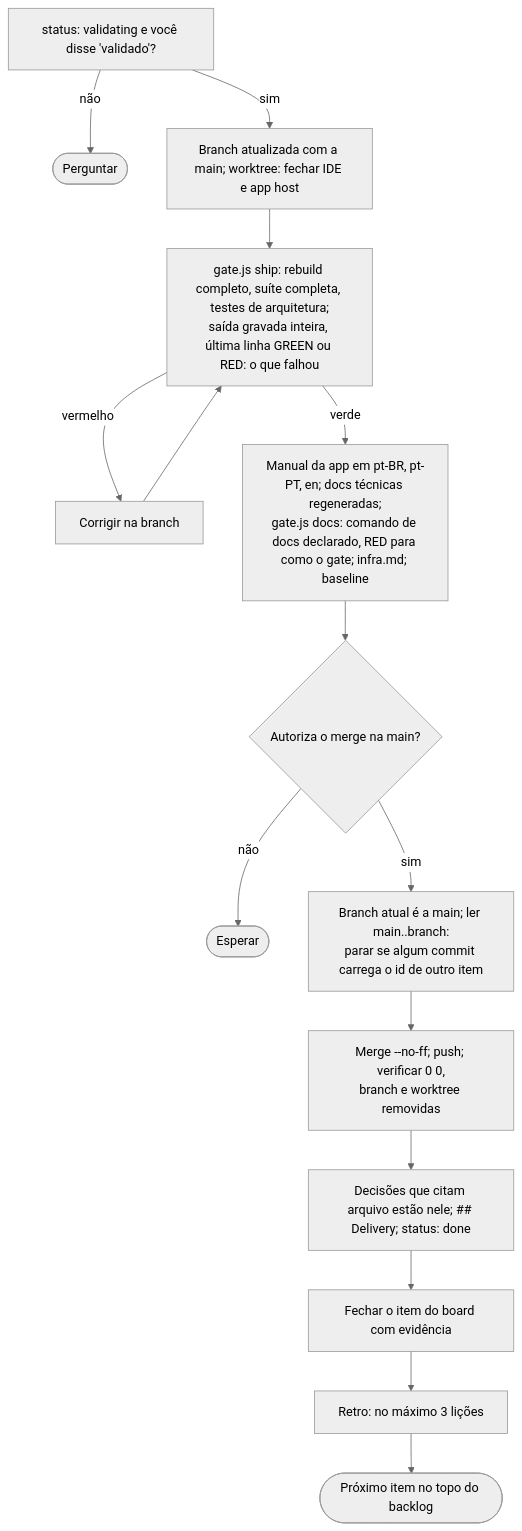
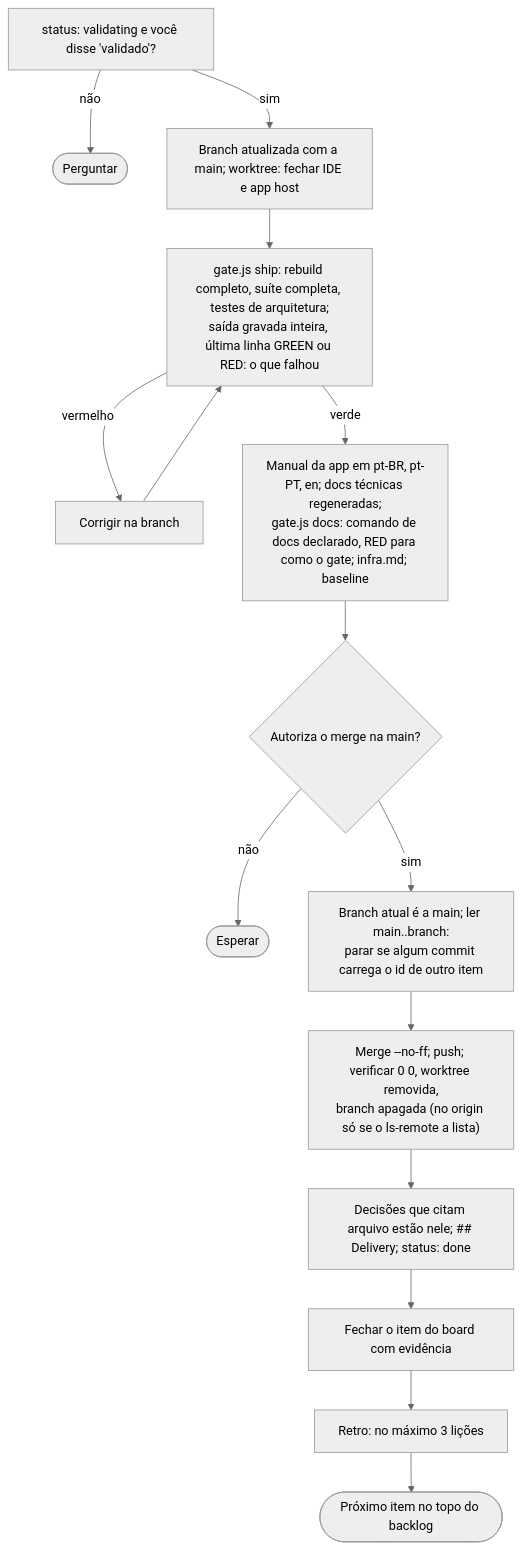
Before and after one commit to alexcanario/simulab: diagram 12 of 18 in docs/agile/workflow.pt-BR.md, drawn with Mermaid (neutral theme). The commit also changed other lines of this file and 9 other files, not shown here.

````diff
--- a/docs/agile/workflow.pt-BR.md
+++ b/docs/agile/workflow.pt-BR.md
@@ -1359,17 +1510,17 @@
 ```mermaid
 flowchart TD
     A["status: validating e você disse 'validado'?"] -->|não| A1(["Perguntar"])
     A -->|sim| B["Branch atualizada com a main; worktree: fechar IDE e app host"]
     B --> C["gate.js ship: rebuild completo, suíte completa, testes de arquitetura;<br/>saída gravada inteira, última linha GREEN ou RED: o que falhou"]
     C -->|vermelho| C1["Corrigir na branch"]
     C1 --> C
     C -->|verde| D["Manual da app em pt-BR, pt-PT, en; docs técnicas regeneradas;<br/>gate.js docs: comando de docs declarado, RED para como o gate; infra.md; baseline"]
     D --> E{"Autoriza o merge na main?"}
     E -->|não| E1(["Esperar"])
     E -->|sim| E2["Branch atual é a main; ler main..branch:<br/>parar se algum commit carrega o id de outro item"]
-    E2 --> F["Merge --no-ff; push; verificar 0 0,<br/>branch e worktree removidas"]
+    E2 --> F["Merge --no-ff; push; verificar 0 0, worktree removida,<br/>branch apagada (no origin só se o ls-remote a lista)"]
     F --> G["Decisões que citam arquivo estão nele; ## Delivery; status: done"]
     G --> H["Fechar o item do board com evidência"]
     H --> I["Retro: no máximo 3 lições"]
     I --> J(["Próximo item no topo do backlog"])
 ```
````
